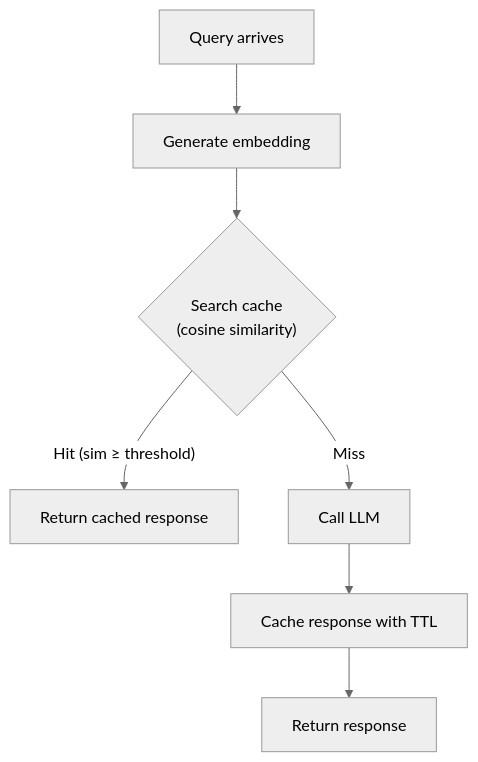
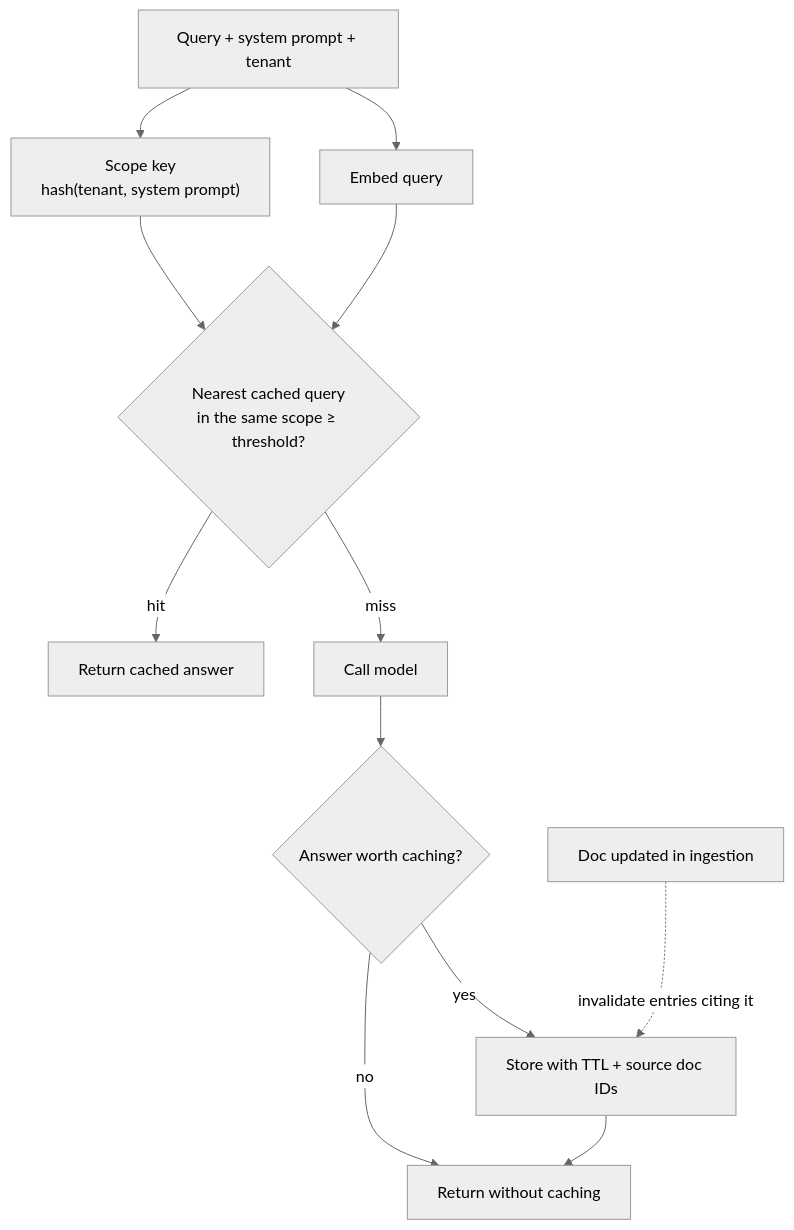
Before and after one commit to PrajwalAmte/AI-Engineering-Patterns: the diagram in content/patterns/inference-and-serving/semantic-caching.md, drawn with Mermaid (neutral theme). The commit also changed other lines of this file and 190 other files, not shown here.

```diff
--- a/content/patterns/inference-and-serving/semantic-caching.md
+++ b/content/patterns/inference-and-serving/semantic-caching.md
@@ -27,9 +31,13 @@
 <pre class="mermaid">
 flowchart TD
-A["Query arrives"] --> B["Generate embedding"]
-B --> C{"Search cache\n(cosine similarity)"}
-C -->|"Hit (sim ≥ threshold)"| D["Return cached response"]
-C -->|"Miss"| E["Call LLM"]
-E --> F["Cache response with TTL"]
-F --> G["Return response"]
+    Q["Query + system prompt + tenant"] --> K["Scope key<br/>hash(tenant, system prompt)"]
+    Q --> E["Embed query"]
+    K & E --> L{"Nearest cached query<br/>in the same scope ≥ threshold?"}
+    L -->|"hit"| H["Return cached answer"]
+    L -->|"miss"| M["Call model"]
+    M --> C{"Answer worth caching?"}
+    C -->|"yes"| S["Store with TTL + source doc IDs"]
+    C -->|"no"| R["Return without caching"]
+    S --> R
+    D["Doc updated in ingestion"] -.->|"invalidate entries citing it"| S
 </pre>
```
